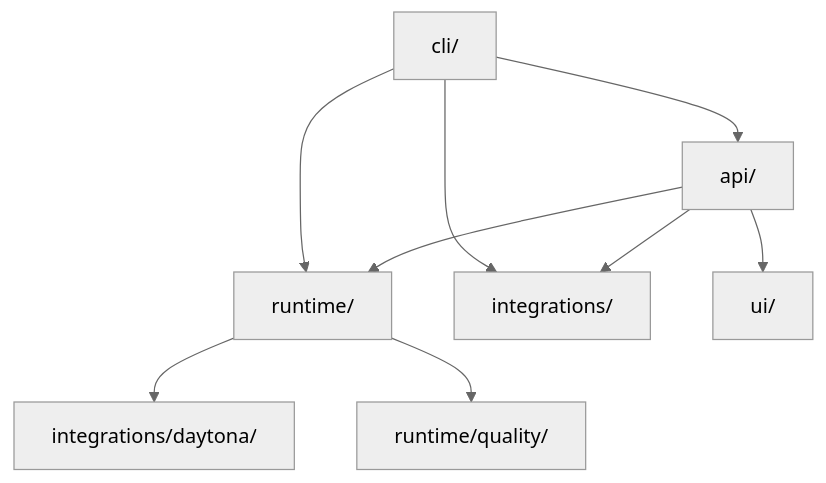
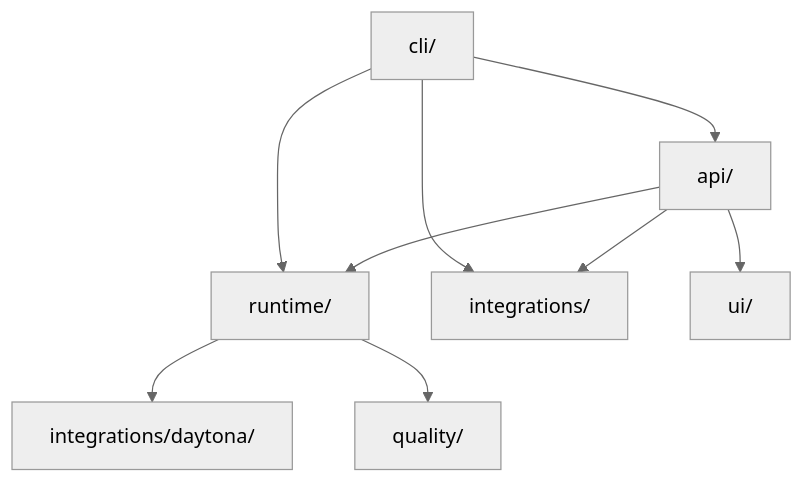
One commit to Qredence/fleet-rlm changed the first of 3 diagrams in docs/reference/module-map.md. Above: the diagram before and after it, drawn with Mermaid (neutral theme). The commit also changed other lines of this file and 24 other files, not shown here.

````diff
--- a/docs/reference/module-map.md
+++ b/docs/reference/module-map.md
@@ -7,13 +7,13 @@
 ```mermaid
 graph TB
     CLI["cli/"] --> API["api/"]
     CLI --> RUNTIME["runtime/"]
     CLI --> INTEGRATIONS["integrations/"]
 
     API --> RUNTIME
     API --> INTEGRATIONS
     API --> UI["ui/"]
 
     RUNTIME --> DAYTONA["integrations/daytona/"]
-    RUNTIME --> QUALITY["runtime/quality/"]
+    RUNTIME --> QUALITY["quality/"]
 ```
````
